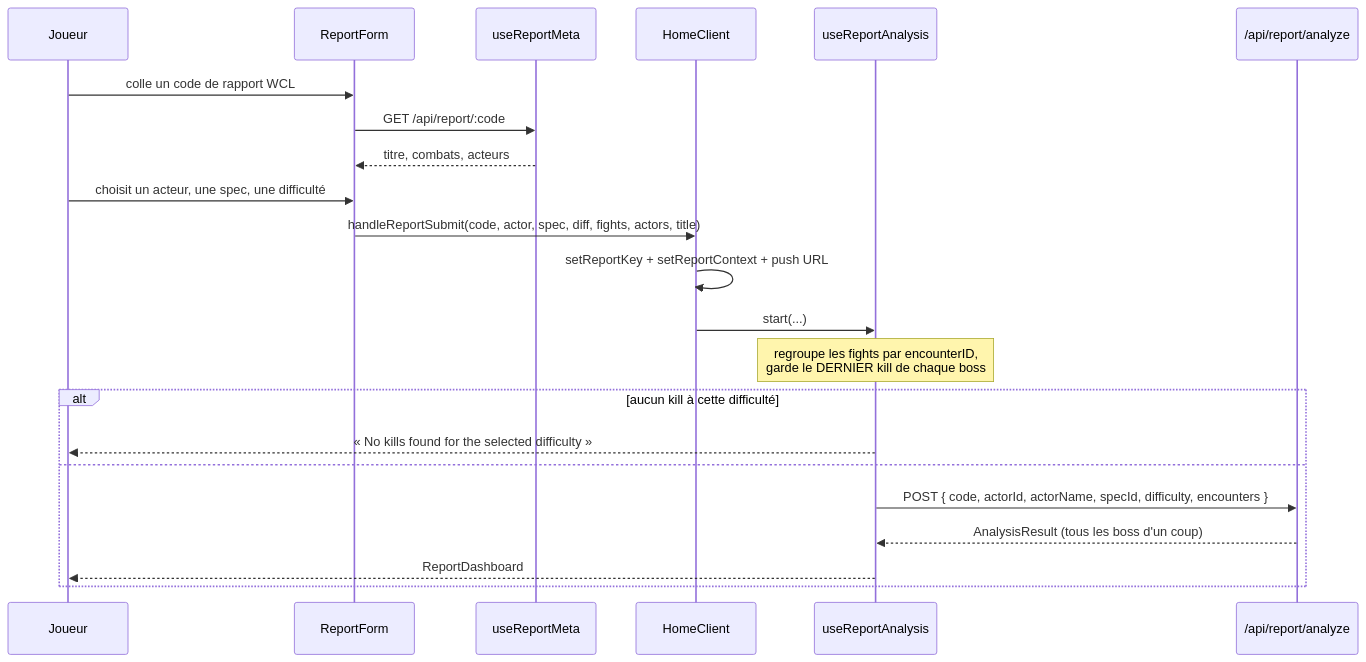
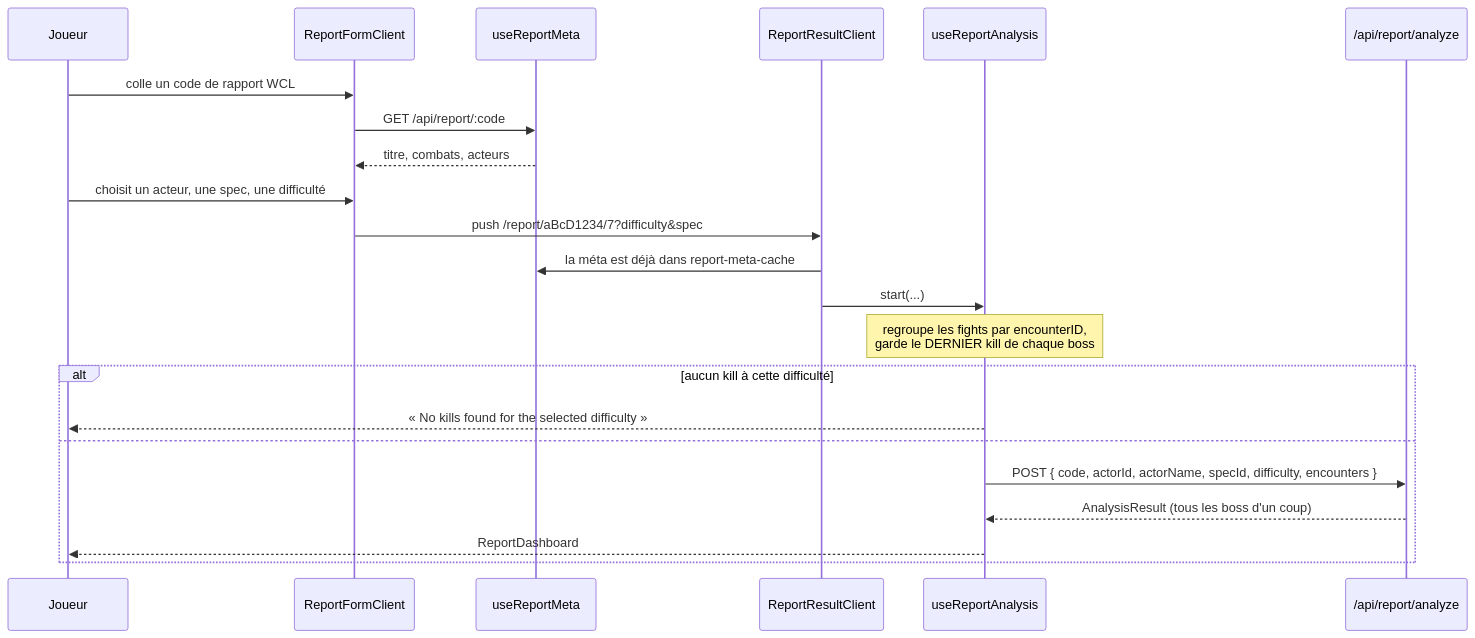
Before and after one commit to lafonth/LogLense: the third of 4 diagrams in docs/02-ui-flows.md, drawn with Mermaid. The commit also changed other lines of this file and 39 other files, not shown here.

````diff
--- a/docs/02-ui-flows.md
+++ b/docs/02-ui-flows.md
@@ -73,25 +133,25 @@
 ```mermaid
 sequenceDiagram
     participant U as Joueur
-    participant F as ReportForm
+    participant F as ReportFormClient
     participant M as useReportMeta
-    participant C as HomeClient
+    participant C as ReportResultClient
     participant RA as useReportAnalysis
     participant API as /api/report/analyze
 
     U->>F: colle un code de rapport WCL
     F->>M: GET /api/report/:code
     M-->>F: titre, combats, acteurs
     U->>F: choisit un acteur, une spec, une difficulté
-    F->>C: handleReportSubmit(code, actor, spec, diff, fights, actors, title)
-    C->>C: setReportKey + setReportContext + push URL
+    F->>C: push /report/aBcD1234/7?difficulty&spec
+    C->>M: la méta est déjà dans report-meta-cache
     C->>RA: start(...)
     Note over RA: regroupe les fights par encounterID,<br/>garde le DERNIER kill de chaque boss
     alt aucun kill à cette difficulté
         RA-->>U: « No kills found for the selected difficulty »
     else
         RA->>API: POST { code, actorId, actorName, specId, difficulty, encounters }
         API-->>RA: AnalysisResult (tous les boss d'un coup)
         RA-->>U: ReportDashboard
     end
 ```
````
